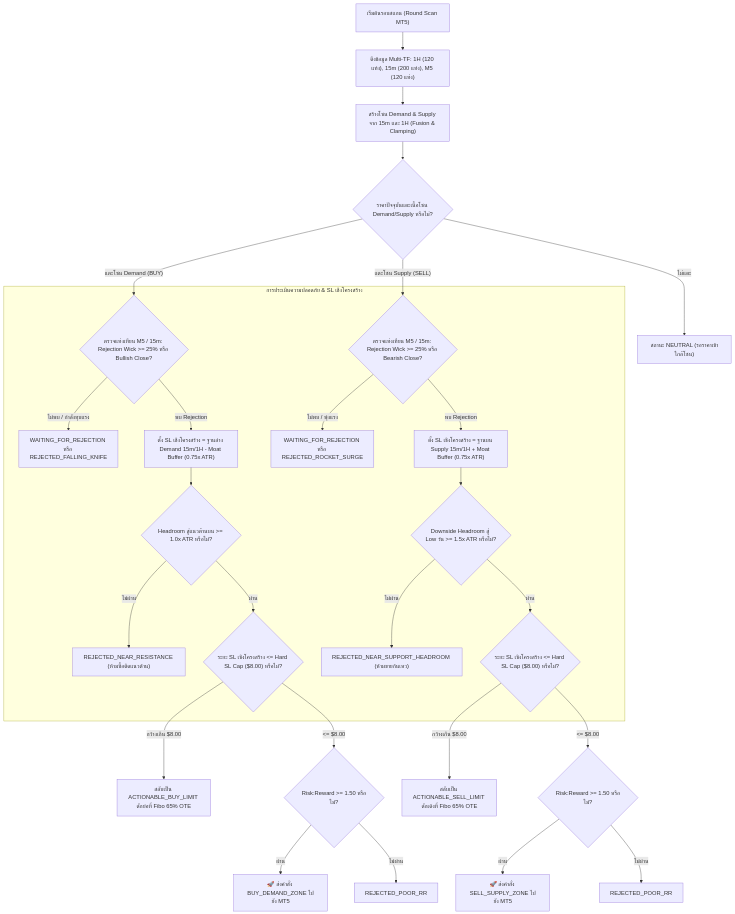
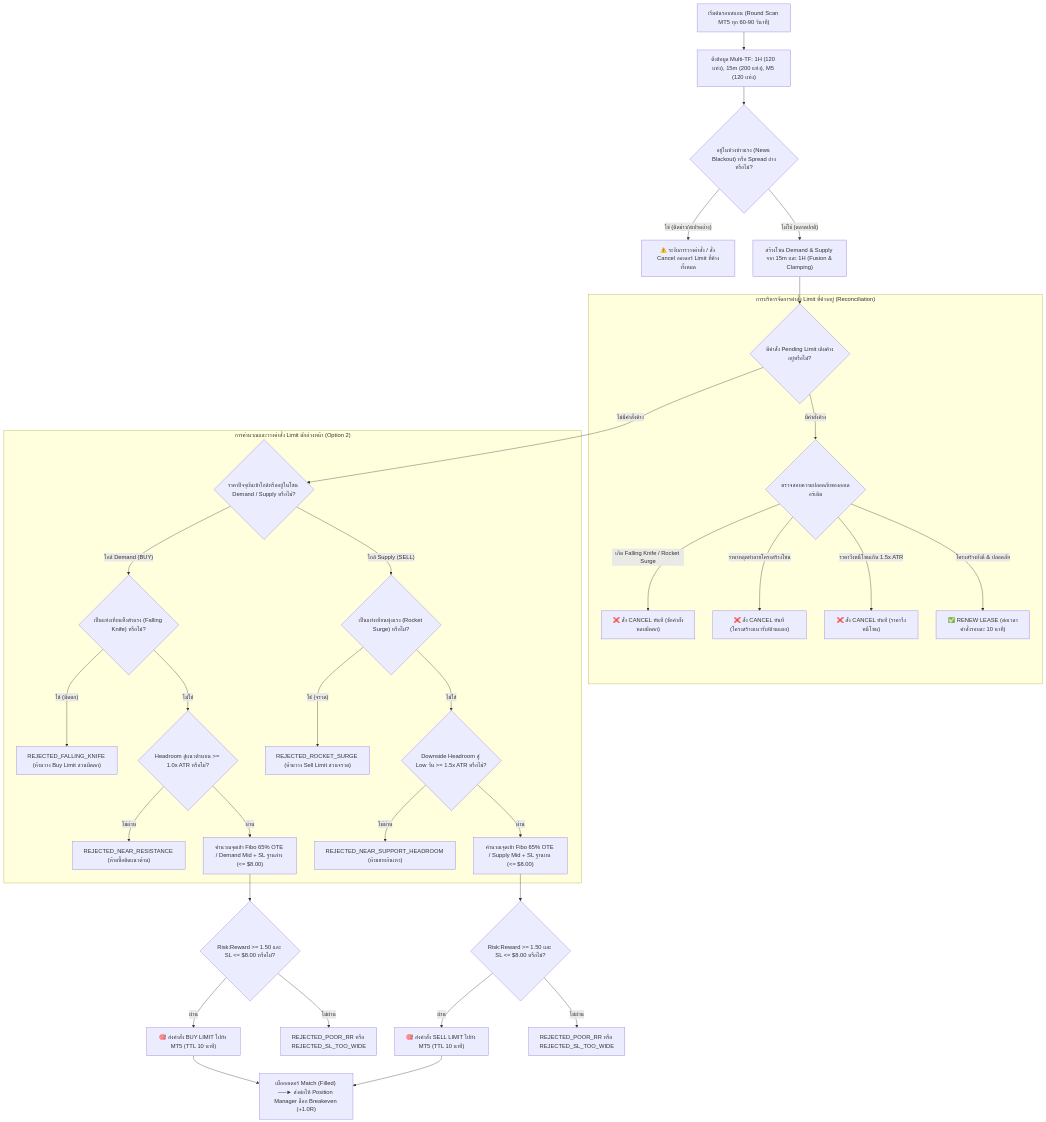
Before and after one commit to ice-TH/Auto_Trade_AI: the diagram in .agents/workflows/xauusd_m5_execution_workflow.md, drawn with Mermaid. The commit also changed other lines of this file and 5 other files, not shown here.

````diff
--- a/.agents/workflows/xauusd_m5_execution_workflow.md
+++ b/.agents/workflows/xauusd_m5_execution_workflow.md
@@ -18,39 +19,45 @@
 ```mermaid
 flowchart TD
-    Start["เริ่มต้นรอบสแกน (Round Scan MT5)"] --> FetchData["ดึงข้อมูล Multi-TF: 1H (120 แท่ง), 15m (200 แท่ง), M5 (120 แท่ง)"]
-    FetchData --> BaseZone["สร้างโซน Demand & Supply จาก 15m และ 1H (Fusion & Clamping)"]
-    BaseZone --> CheckTouch{"ราคาปัจจุบันแตะเนื้อโซน Demand/Supply หรือไม่?"}
+    Start["เริ่มต้นรอบสแกน (Round Scan MT5 ทุก 60-90 วินาที)"] --> FetchData["ดึงข้อมูล Multi-TF: 1H (120 แท่ง), 15m (200 แท่ง), M5 (120 แท่ง)"]
+    FetchData --> CheckNews{"อยู่ในช่วงข่าวแรง (News Blackout) หรือ Spread ถ่างหรือไม่?"}
     
-    CheckTouch -- "ไม่แตะ" --> StateNeutral["สถานะ NEUTRAL (รอราคาเข้าใกล้โซน)"]
+    CheckNews -- "ใช่ (ติดข่าว/สเปรดถ่าง)" --> CancelNews["⚠️ ระงับการวางคำสั่ง / สั่ง Cancel ออเดอร์ Limit ที่ค้างทั้งหมด"]
+    CheckNews -- "ไม่ใช่ (ตลาดปกติ)" --> BaseZone["สร้างโซน Demand & Supply จาก 15m และ 1H (Fusion & Clamping)"]
     
-    CheckTouch -- "แตะโซน Demand (BUY)" --> M5BuyTrigger{"ตรวจแท่งเทียน M5 / 15m: Rejection Wick >= 25% หรือ Bullish Close?"}
-    CheckTouch -- "แตะโซน Supply (SELL)" --> M5SellTrigger{"ตรวจแท่งเทียน M5 / 15m: Rejection Wick >= 25% หรือ Bearish Close?"}
+    BaseZone --> CheckPending{"มีคำสั่ง Pending Limit เดิมค้างอยู่หรือไม่?"}
     
-    subgraph Guard_Evaluation ["การประเมินความปลอดภัย & SL เชิงโครงสร้าง"]
-        M5BuyTrigger -- "ไม่พบ / กำลังทุบแรง" --> WaitBuyRejection["WAITING_FOR_REJECTION หรือ REJECTED_FALLING_KNIFE"]
-        M5BuyTrigger -- "พบ Rejection" --> StructSLBuy["ตั้ง SL เชิงโครงสร้าง = ฐานล่าง Demand 15m/1H - Moat Buffer (0.75x ATR)"]
-        
-        M5SellTrigger -- "ไม่พบ / พุ่งแรง" --> WaitSellRejection["WAITING_FOR_REJECTION หรือ REJECTED_ROCKET_SURGE"]
-        M5SellTrigger -- "พบ Rejection" --> StructSLSell["ตั้ง SL เชิงโครงสร้าง = ฐานบน Supply 15m/1H + Moat Buffer (0.75x ATR)"]
-        
-        StructSLBuy --> CheckHeadroomBuy{"Headroom สู่แนวต้านบน >= 1.0x ATR หรือไม่?"}
-        CheckHeadroomBuy -- "ไม่ผ่าน" --> RejectNearResist["REJECTED_NEAR_RESISTANCE (ห้ามซื้อติดแนวต้าน)"]
-        CheckHeadroomBuy -- "ผ่าน" --> CheckSLBuy{"ระยะ SL เชิงโครงสร้าง <= Hard SL Cap ($8.00) หรือไม่?"}
-        
-        StructSLSell --> CheckHeadroomSell{"Downside Headroom สู่ Low วัน >= 1.5x ATR หรือไม่?"}
-        CheckHeadroomSell -- "ไม่ผ่าน" --> RejectNearSupp["REJECTED_NEAR_SUPPORT_HEADROOM (ห้ามขายก้นเหว)"]
-        CheckHeadroomSell -- "ผ่าน" --> CheckSLSell{"ระยะ SL เชิงโครงสร้าง <= Hard SL Cap ($8.00) หรือไม่?"}
+    subgraph Order_Reconciliation ["การบริหารจัดการคำสั่ง Limit ที่ค้างอยู่ (Reconciliation)"]
+        CheckPending -- "มีคำสั่งค้าง" --> CheckSafety{"ตรวจสอบความปลอดภัยของออเดอร์เดิม"}
+        CheckSafety -- "เกิด Falling Knife / Rocket Surge" --> CancelViolent["❌ สั่ง CANCEL ทันที (ชักคำสั่งหลบมีดตก)"]
+        CheckSafety -- "ราคาหลุดทำลายโครงสร้างโซน" --> CancelBreak["❌ สั่ง CANCEL ทันที (โครงสร้างแนวรับ/ต้านแตก)"]
+        CheckSafety -- "ราคาวิ่งหนีโซนเกิน 1.5x ATR" --> CancelDrift["❌ สั่ง CANCEL ทันที (ราคาวิ่งหนีโซน)"]
+        CheckSafety -- "โครงสร้างยังดี & ปลอดภัย" --> RenewLease["✅ RENEW LEASE (ต่อเวลาคำสั่งรอบละ 10 นาที)"]
     end
     
-    CheckSLBuy -- "กว้างเกิน $8.00" --> LimitBuyFallback["สลับเป็น ACTIONABLE_BUY_LIMIT ดักย่อที่ Fibo 65% OTE"]
-    CheckSLBuy -- "<= $8.00" --> RRBuy{"Risk:Reward >= 1.50 หรือไม่?"}
+    CheckPending -- "ไม่มีคำสั่งค้าง" --> CheckTouch{"ราคาปัจจุบันเข้าใกล้หรืออยู่ในโซน Demand / Supply หรือไม่?"}
     
-    CheckSLSell -- "กว้างเกิน $8.00" --> LimitSellFallback["สลับเป็น ACTIONABLE_SELL_LIMIT ดักเด้งที่ Fibo 65% OTE"]
-    CheckSLSell -- "<= $8.00" --> RRSell{"Risk:Reward >= 1.50 หรือไม่?"}
+    subgraph Limit_Evaluation ["การคำนวณและวางคำสั่ง Limit ดักล่วงหน้า (Option 2)"]
+        CheckTouch -- "ใกล้ Demand (BUY)" --> CheckKnifeBuy{"เป็นแท่งเทียนทิ้งตัวแรง (Falling Knife) หรือไม่?"}
+        CheckKnifeBuy -- "ใช่ (มีดตก)" --> RejectKnife["REJECTED_FALLING_KNIFE (ห้ามวาง Buy Limit สวนมีดตก)"]
+        CheckKnifeBuy -- "ไม่ใช่" --> HeadroomBuy{"Headroom สู่แนวต้านบน >= 1.0x ATR หรือไม่?"}
+        HeadroomBuy -- "ไม่ผ่าน" --> RejectResist["REJECTED_NEAR_RESISTANCE (ห้ามซื้อติดแนวต้าน)"]
+        HeadroomBuy -- "ผ่าน" --> CalcBuyLimit["คำนวณจุดเข้า Fibo 65% OTE / Demand Mid + SL ฐานล่าง (<= $8.00)"]
+        
+        CheckTouch -- "ใกล้ Supply (SELL)" --> CheckRocketSell{"เป็นแท่งเทียนพุ่งแรง (Rocket Surge) หรือไม่?"}
+        CheckRocketSell -- "ใช่ (จรวด)" --> RejectRocket["REJECTED_ROCKET_SURGE (ห้ามวาง Sell Limit สวนจรวด)"]
+        CheckRocketSell -- "ไม่ใช่" --> HeadroomSell{"Downside Headroom สู่ Low วัน >= 1.5x ATR หรือไม่?"}
+        HeadroomSell -- "ไม่ผ่าน" --> RejectSupp["REJECTED_NEAR_SUPPORT_HEADROOM (ห้ามขายก้นเหว)"]
+        HeadroomSell -- "ผ่าน" --> CalcSellLimit["คำนวณจุดเข้า Fibo 65% OTE / Supply Mid + SL ฐานบน (<= $8.00)"]
+    end
     
-    RRBuy -- "ผ่าน" --> FireBuy["🚀 ส่งคำสั่ง BUY_DEMAND_ZONE ไปยัง MT5"]
-    RRBuy -- "ไม่ผ่าน" --> RejectRRBuy["REJECTED_POOR_RR"]
+    CalcBuyLimit --> RRBuy{"Risk:Reward >= 1.50 และ SL <= $8.00 หรือไม่?"}
+    RRBuy -- "ผ่าน" --> FireBuyLimit["🎯 ส่งคำสั่ง BUY LIMIT ไปยัง MT5 (TTL 10 นาที)"]
+    RRBuy -- "ไม่ผ่าน" --> RejectRRBuy["REJECTED_POOR_RR หรือ REJECTED_SL_TOO_WIDE"]
     
-    RRSell -- "ผ่าน" --> FireSell["🚀 ส่งคำสั่ง SELL_SUPPLY_ZONE ไปยัง MT5"]
-    RRSell -- "ไม่ผ่าน" --> RejectRRSell["REJECTED_POOR_RR"]
+    CalcSellLimit --> RRSell{"Risk:Reward >= 1.50 และ SL <= $8.00 หรือไม่?"}
+    RRSell -- "ผ่าน" --> FireSellLimit["🎯 ส่งคำสั่ง SELL LIMIT ไปยัง MT5 (TTL 10 นาที)"]
+    RRSell -- "ไม่ผ่าน" --> RejectRRSell["REJECTED_POOR_RR หรือ REJECTED_SL_TOO_WIDE"]
+    
+    FireBuyLimit --> Handover["เมื่อออเดอร์ Match (Filled) ──► ส่งต่อให้ Position Manager ล็อก Breakeven (+1.0R)"]
+    FireSellLimit --> Handover
 ```
````
